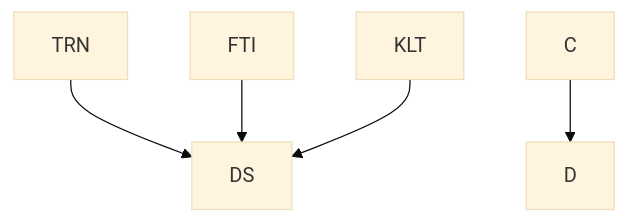
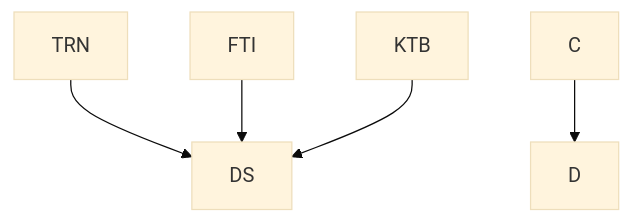
The diagram in readme.md (KokBob/Humachi), drawn with Mermaid (base theme) before and after one commit. The commit also changed other lines of this file, not shown here.

````diff
--- a/readme.md
+++ b/readme.md
@@ -4,7 +9,7 @@
 ```mermaid
 graph TD;
     TRN-->DS;
     FTI-->DS;
-    KLT-->DS;
+    KTB-->DS;
     C-->D;
 ```
````
